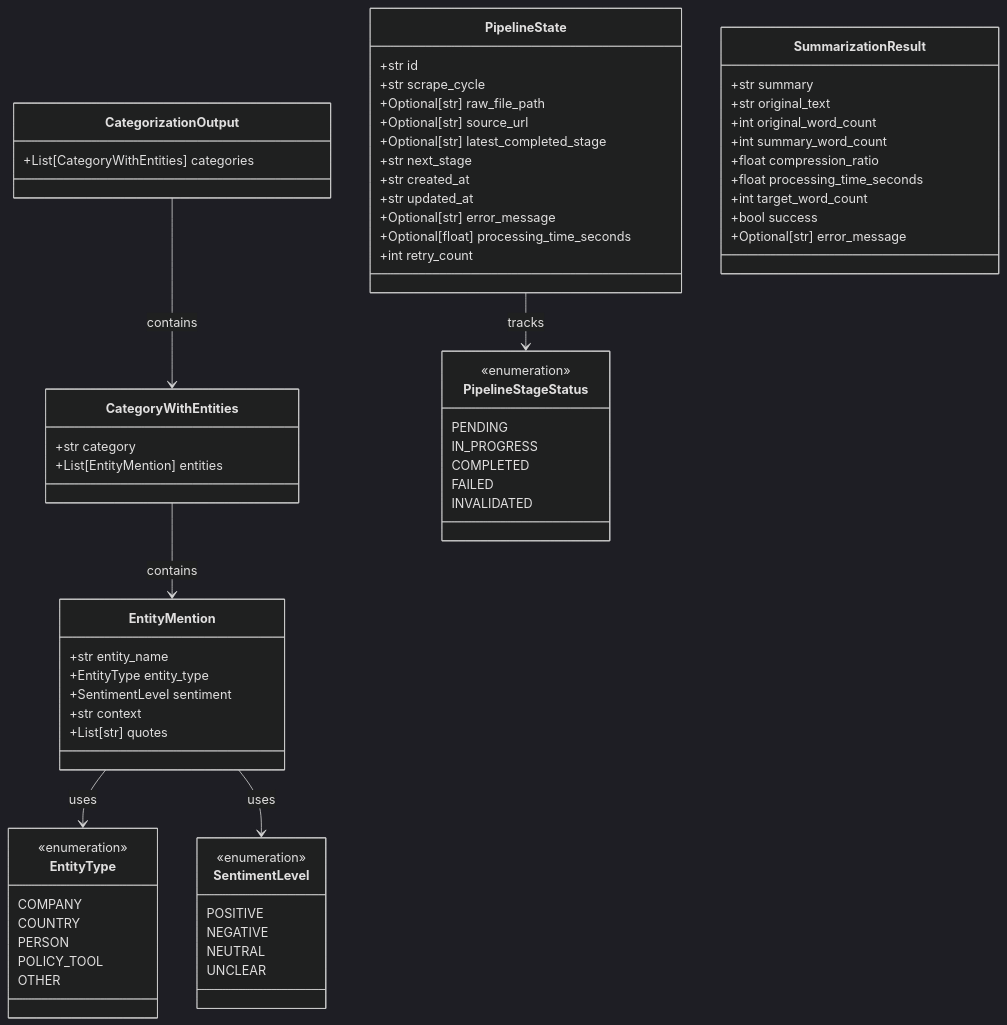
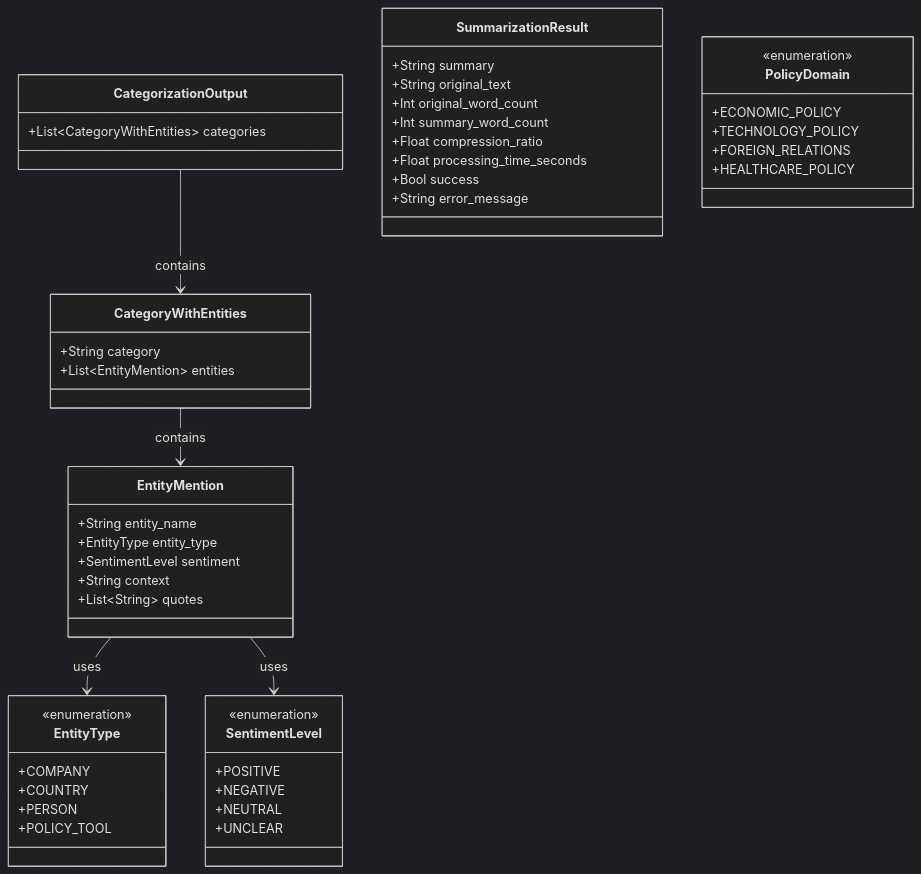
The third of 5 diagrams in documentation/architecture.md (dmitriyratu/DiscourseKG), drawn with Mermaid (dark theme) before and after one commit. The commit also changed other lines of this file and 16 other files, not shown here.

````diff
--- a/documentation/architecture.md
+++ b/documentation/architecture.md
@@ -169,77 +110,59 @@
 ```mermaid
 classDiagram
-    class PipelineState {
-        +str id
-        +str scrape_cycle
-        +Optional[str] raw_file_path
-        +Optional[str] source_url
-        +Optional[str] latest_completed_stage
-        +str next_stage
-        +str created_at
-        +str updated_at
-        +Optional[str] error_message
-        +Optional[float] processing_time_seconds
-        +int retry_count
-    }
-    
     class EntityMention {
-        +str entity_name
+        +String entity_name
         +EntityType entity_type
         +SentimentLevel sentiment
-        +str context
-        +List[str] quotes
+        +String context
+        +List~String~ quotes
     }
     
     class CategoryWithEntities {
-        +str category
-        +List[EntityMention] entities
+        +String category
+        +List~EntityMention~ entities
     }
     
     class CategorizationOutput {
-        +List[CategoryWithEntities] categories
+        +List~CategoryWithEntities~ categories
     }
     
     class SummarizationResult {
-        +str summary
-        +str original_text
-        +int original_word_count
-        +int summary_word_count
-        +float compression_ratio
-        +float processing_time_seconds
-        +int target_word_count
-        +bool success
-        +Optional[str] error_message
+        +String summary
+        +String original_text
+        +Int original_word_count
+        +Int summary_word_count
+        +Float compression_ratio
+        +Float processing_time_seconds
+        +Bool success
+        +String error_message
+    }
+    
+    class PolicyDomain {
+        <<enumeration>>
+        +ECONOMIC_POLICY
+        +TECHNOLOGY_POLICY
+        +FOREIGN_RELATIONS
+        +HEALTHCARE_POLICY
     }
     
     class EntityType {
         <<enumeration>>
-        COMPANY
-        COUNTRY
-        PERSON
-        POLICY_TOOL
-        OTHER
+        +COMPANY
+        +COUNTRY
+        +PERSON
+        +POLICY_TOOL
     }
     
     class SentimentLevel {
         <<enumeration>>
-        POSITIVE
-        NEGATIVE
-        NEUTRAL
-        UNCLEAR
-    }
-    
-    class PipelineStageStatus {
-        <<enumeration>>
-        PENDING
-        IN_PROGRESS
-        COMPLETED
-        FAILED
-        INVALIDATED
+        +POSITIVE
+        +NEGATIVE
+        +NEUTRAL
+        +UNCLEAR
     }
     
     CategoryWithEntities --> EntityMention : contains
     CategorizationOutput --> CategoryWithEntities : contains
     EntityMention --> EntityType : uses
     EntityMention --> SentimentLevel : uses
-    PipelineState --> PipelineStageStatus : tracks
 ```
````
